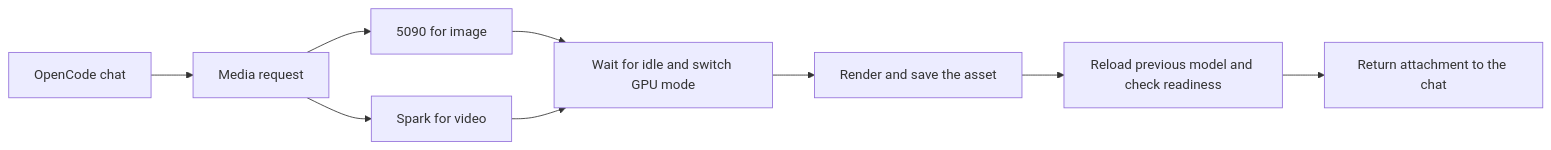
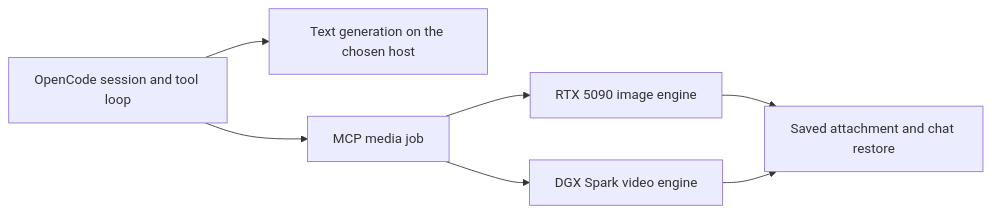
Before and after one commit to MaCoredroid/strata-local-inference: the diagram in article.md, drawn with Mermaid. The commit also changed other lines of this file and 5 other files, not shown here.

````diff
--- a/article.md
+++ b/article.md
@@ -34,11 +17,9 @@
 ```mermaid
 flowchart LR
-    A[OpenCode chat] --> B[Media request]
-    B --> C[5090 for image]
-    B --> D[Spark for video]
-    C --> E[Wait for idle and switch GPU mode]
-    D --> E
-    E --> F[Render and save the asset]
-    F --> G[Reload previous model and check readiness]
-    G --> H[Return attachment to the chat]
+    H[OpenCode session and tool loop] --> T[Text generation on the chosen host]
+    H --> J[MCP media job]
+    J --> I[RTX 5090 image engine]
+    J --> V[DGX Spark video engine]
+    I --> A[Saved attachment and chat restore]
+    V --> A
 ```
````
